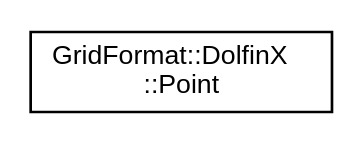
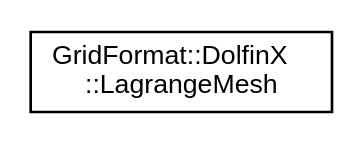
The diagram in inherit_graph_12.dot (dglaeser/gridformat), drawn with Graphviz before and after one commit. The commit also changed 337 other files, not shown here.

```diff
--- a/inherit_graph_12.dot
+++ b/inherit_graph_12.dot
@@ -1,8 +1,8 @@
 digraph "Graphical Class Hierarchy"
 {
  // LATEX_PDF_SIZE
   edge [fontname="Helvetica",fontsize="10",labelfontname="Helvetica",labelfontsize="10"];
   node [fontname="Helvetica",fontsize="10",shape=record];
   rankdir="LR";
-  Node0 [label="GridFormat::DolfinX\l::Point",height=0.2,width=0.4,color="black", fillcolor="white", style="filled",URL="$structGridFormat_1_1DolfinX_1_1Point.html",tooltip=" "];
+  Node0 [label="GridFormat::DolfinX\l::LagrangeMesh",height=0.2,width=0.4,color="black", fillcolor="white", style="filled",URL="$classGridFormat_1_1DolfinX_1_1LagrangeMesh.html",tooltip="Wrapper around a nodal dolfinx::FunctionSpace, exposing it as a mesh composed of lagrange elements wi..."];
 }
```
